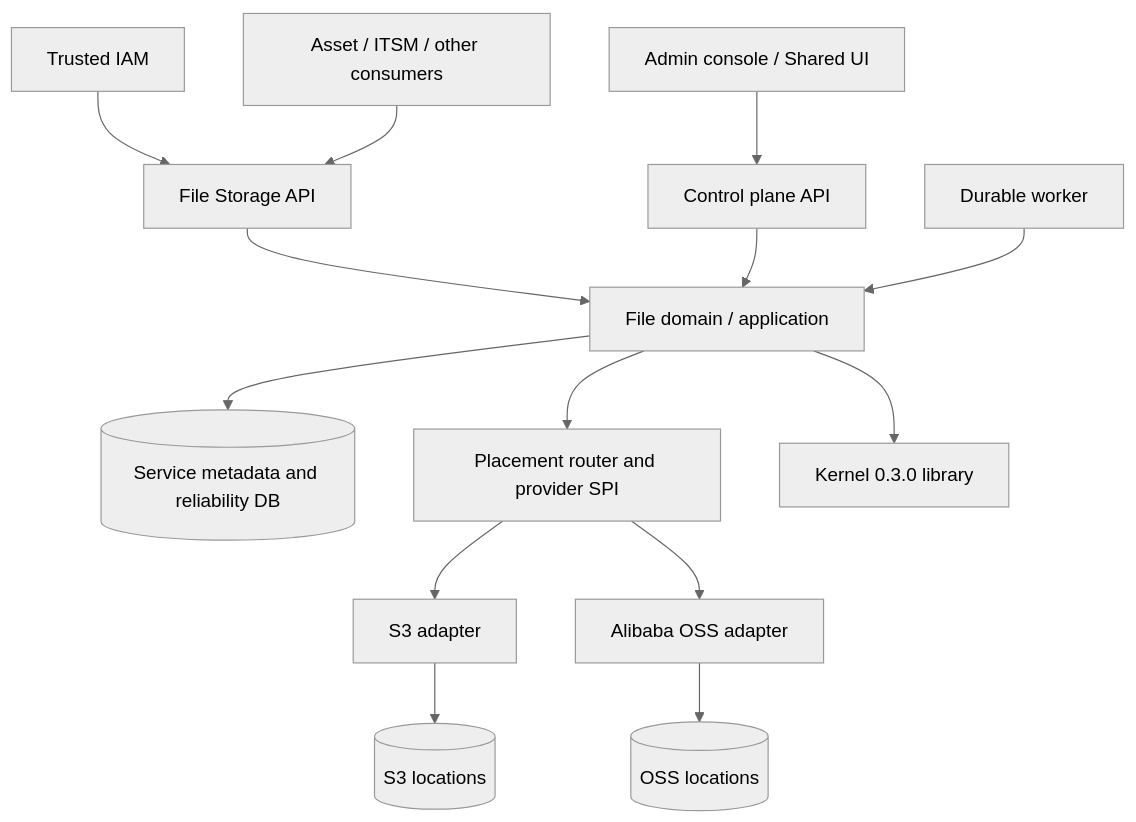
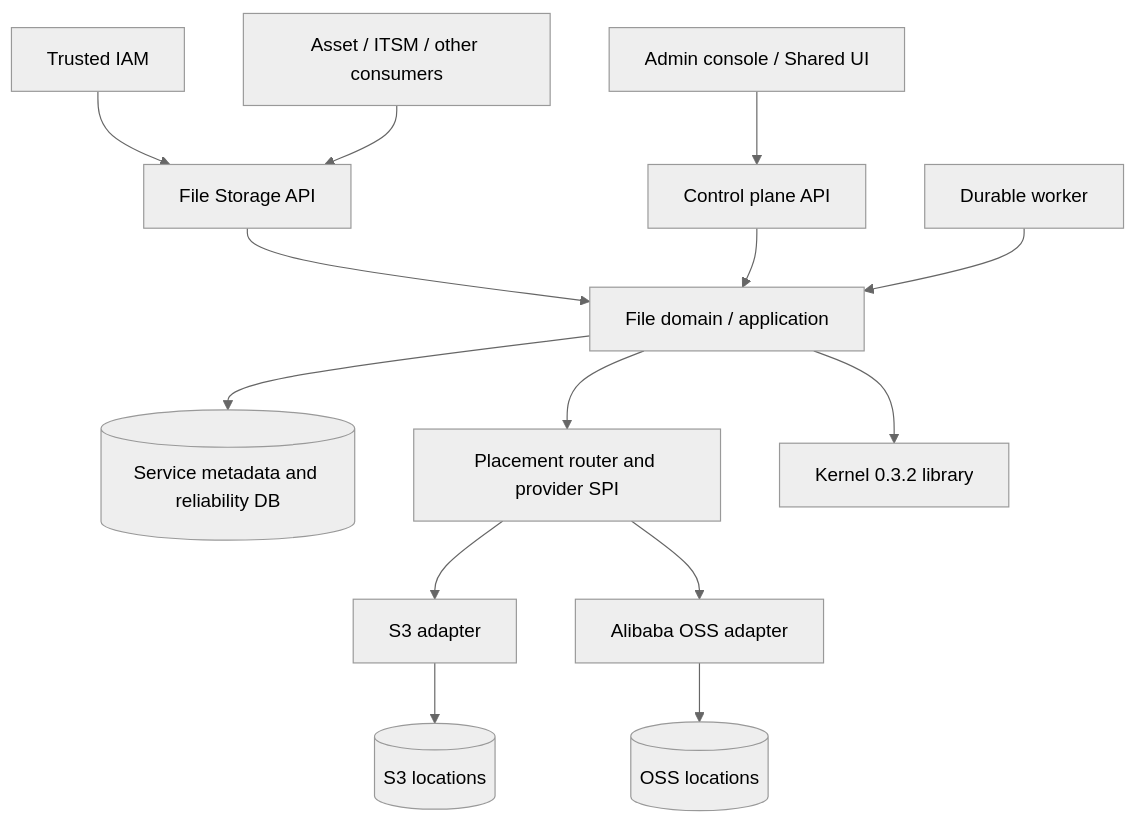
One commit to vyrnforge/file-storage changed the diagram in docs/architecture/01_ARCHITECTURE.md. Above: the diagram before and after it, drawn with Mermaid (neutral theme). The commit also changed 5 other files, not shown here.

````diff
--- a/docs/architecture/01_ARCHITECTURE.md
+++ b/docs/architecture/01_ARCHITECTURE.md
@@ -5,16 +5,16 @@
 ```mermaid
 flowchart TD
   IAM[Trusted IAM] --> API[File Storage API]
   APPS[Asset / ITSM / other consumers] --> API
   UI[Admin console / Shared UI] --> CP[Control plane API]
   API --> DOMAIN[File domain / application]
   CP --> DOMAIN
   DOMAIN --> META[(Service metadata and reliability DB)]
   DOMAIN --> ROUTER[Placement router and provider SPI]
   ROUTER --> S3[S3 adapter]
   ROUTER --> OSS[Alibaba OSS adapter]
   S3 --> B1[(S3 locations)]
   OSS --> B2[(OSS locations)]
-  DOMAIN --> K[Kernel 0.3.0 library]
+  DOMAIN --> K[Kernel 0.3.2 library]
   WORKER[Durable worker] --> DOMAIN
 ```
````
